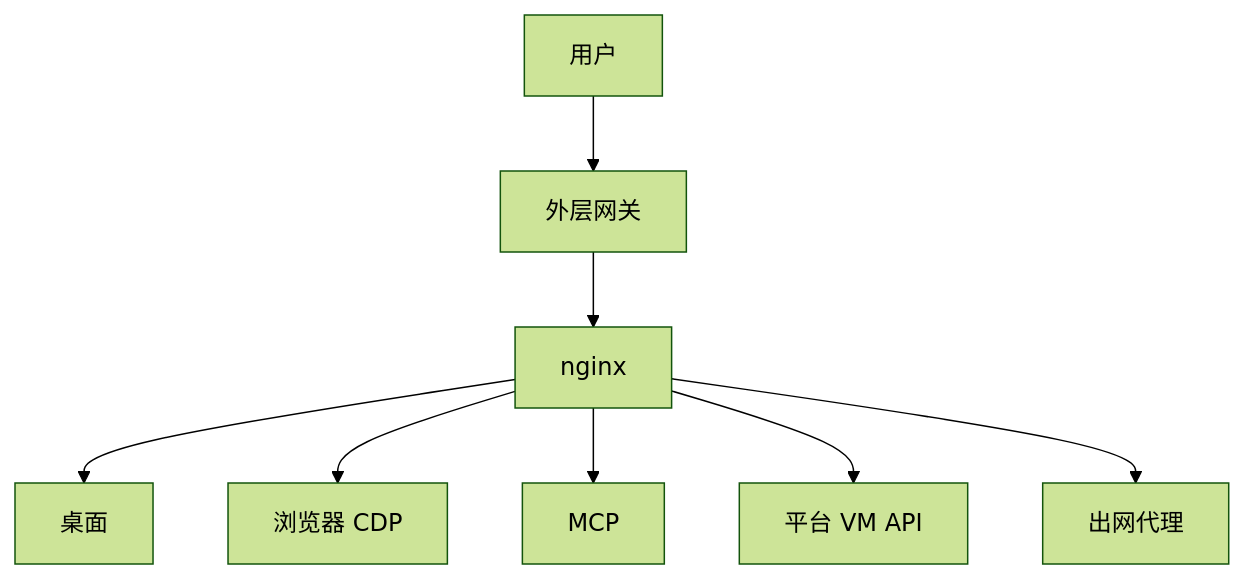
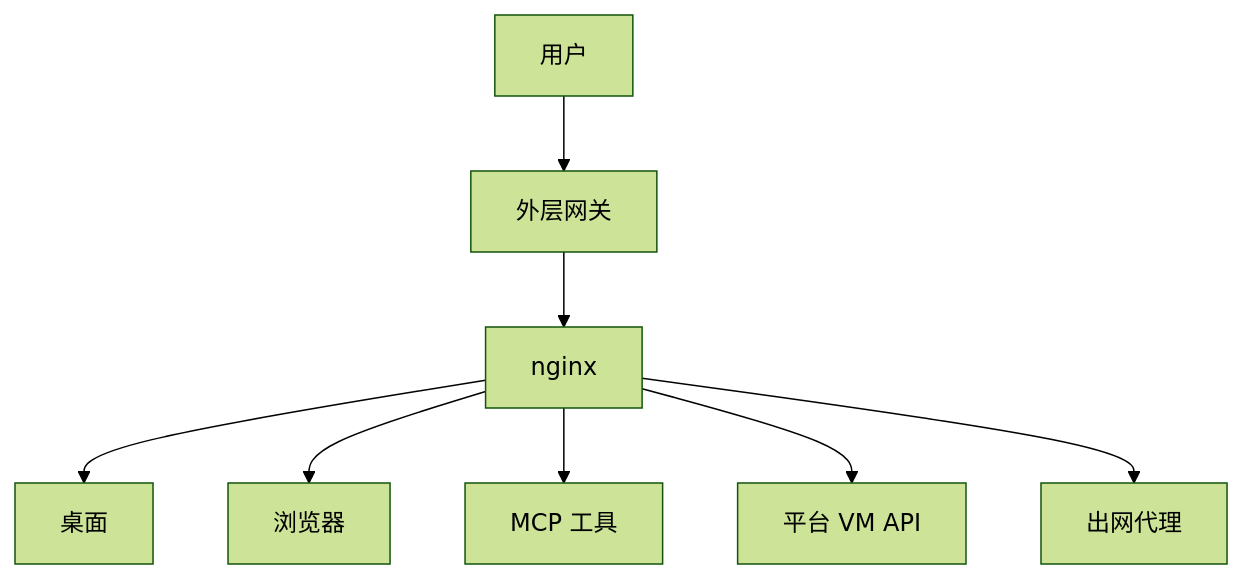
Before and after one commit to justinatusa/doubao-work-analysis: the diagram in README.md, drawn with Mermaid (forest theme). The commit also changed other lines of this file, not shown here.

````diff
--- a/README.md
+++ b/README.md
@@ -55,10 +56,10 @@
 ```mermaid
 flowchart TB
   U[用户] --> G[外层网关]
   G --> N[nginx]
   N --> D[桌面]
-  N --> B[浏览器 CDP]
-  N --> M[MCP]
+  N --> B[浏览器]
+  N --> M[MCP 工具]
   N --> V[平台 VM API]
   N --> P[出网代理]
 ```
````
